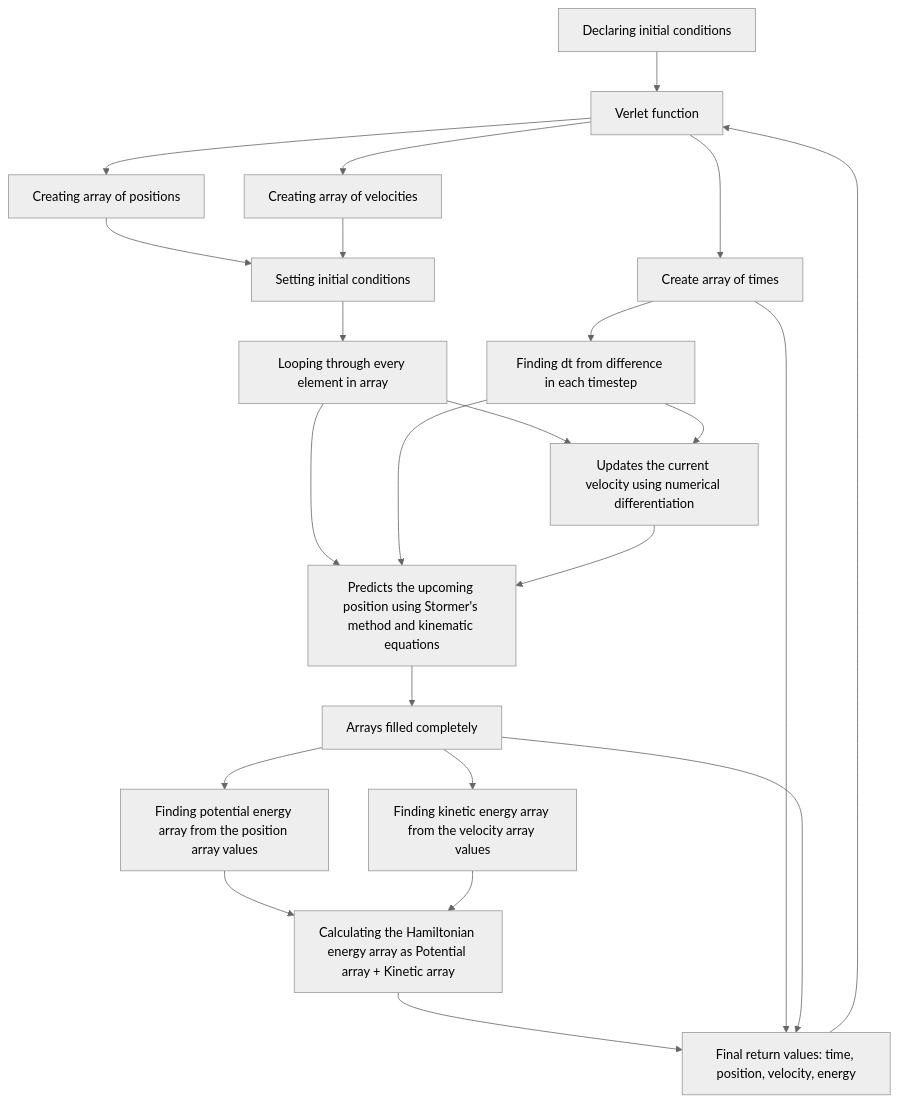
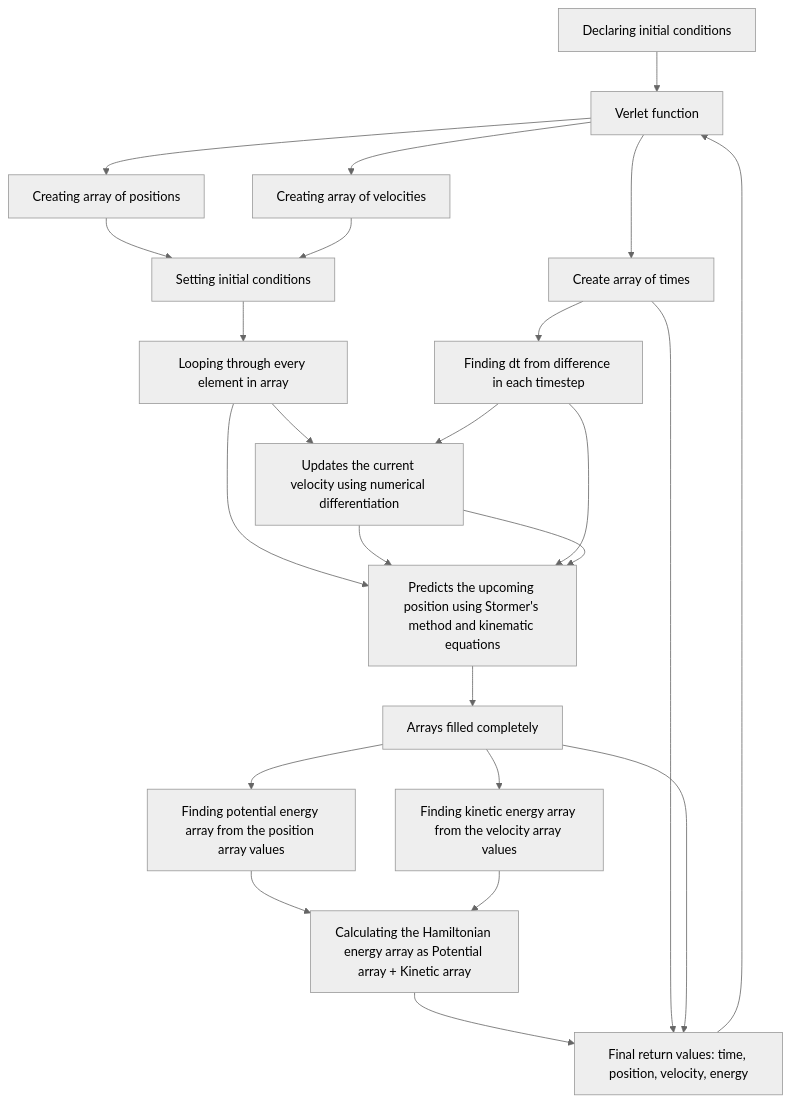
One commit to Mateo4cacheiro/PHYS4130-S25 changed the diagram in p4-ODE/ethanwhite/program/writeup/writeup.md. Above: the diagram before and after it, drawn with Mermaid (neutral theme).

````diff
--- a/p4-ODE/ethanwhite/program/writeup/writeup.md
+++ b/p4-ODE/ethanwhite/program/writeup/writeup.md
@@ -15,27 +15,28 @@
 ```mermaid
     graph TD
         A[Declaring initial conditions] --> B[Verlet function]
         B --> C[Create array of times] --> L[Finding dt from difference in each timestep] 
         B --> D[Creating array of positions]
         B --> E[Creating array of velocities]
         D --> F[Setting initial conditions]
         E --> F
         F --> G[Looping through every element in array]
         G --> H[Predicts the upcoming position using Stormer's method and kinematic equations]
         G --> J[Updates the current velocity using numerical differentiation]
+        J --> H
         L --> H
         L --> J
         H --> K[Arrays filled completely]
         J --> H
         K --> M[Finding potential energy array from the position array values]
         K --> N[Finding kinetic energy array from the velocity array values]
         M --> P[Calculating the Hamiltonian energy array as Potential array + Kinetic array]
         N --> P
 
         P --> T[Final return values: time, position, velocity, energy]
         C --> T
         K --> T
         T --> B
 
 
 ```
````
